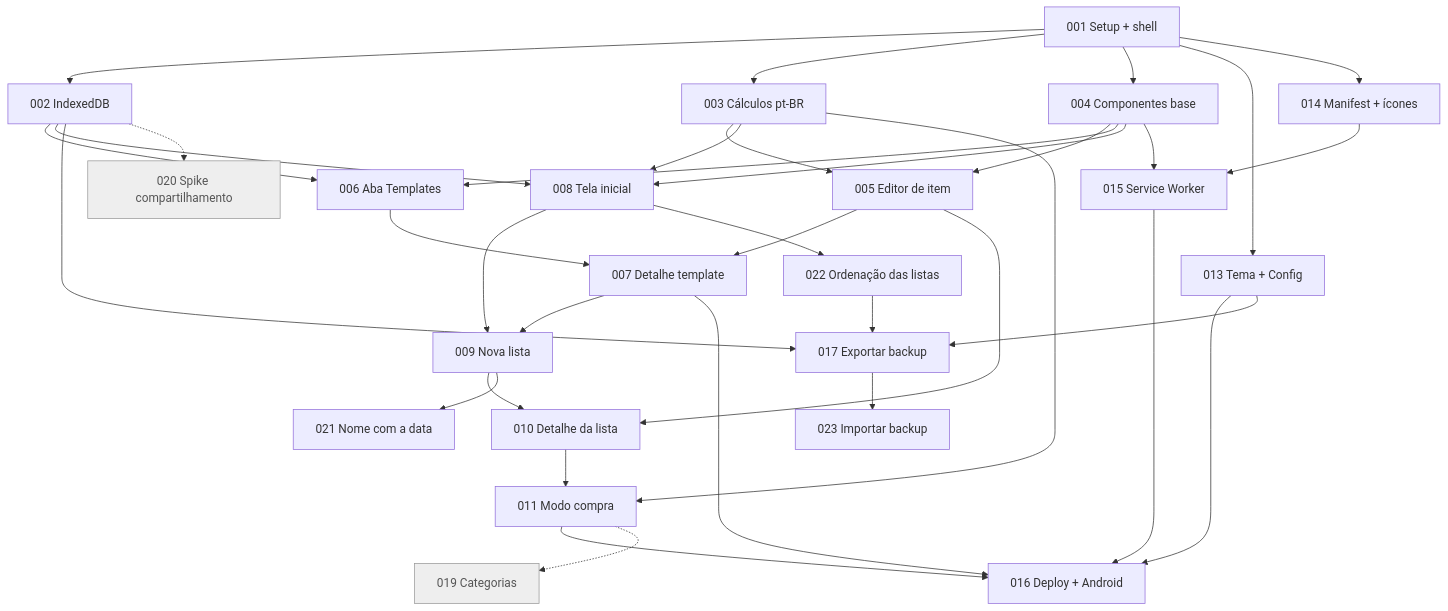
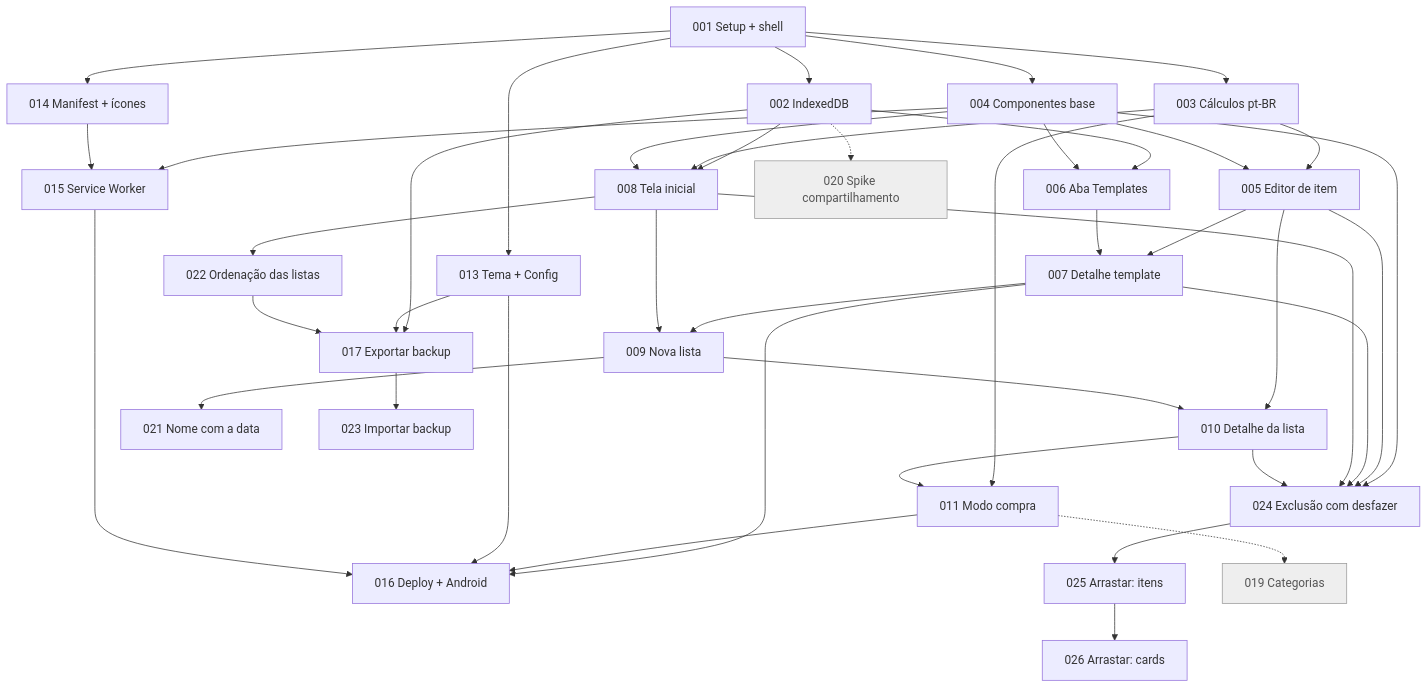
The diagram in docs/cards/_index.md (thalesAlves758/cestinha), drawn with Mermaid before and after one commit. The commit also changed other lines of this file and 3 other files, not shown here.

First line of the commit message:
doc: cards de excluir arrastando com desfazer (CARD-024 a CARD-026)

````diff
--- a/docs/cards/_index.md
+++ b/docs/cards/_index.md
@@ -56,41 +60,48 @@
 ```mermaid
 flowchart TD
     C001[001 Setup + shell] --> C002[002 IndexedDB]
     C001 --> C003[003 Cálculos pt-BR]
     C001 --> C004[004 Componentes base]
     C001 --> C013[013 Tema + Config]
     C001 --> C014[014 Manifest + ícones]
     C003 --> C005[005 Editor de item]
     C004 --> C005
     C002 --> C006[006 Aba Templates]
     C004 --> C006
     C005 --> C007[007 Detalhe template]
     C006 --> C007
     C002 --> C008[008 Tela inicial]
     C003 --> C008
     C004 --> C008
     C007 --> C009[009 Nova lista]
     C008 --> C009
     C005 --> C010[010 Detalhe da lista]
     C009 --> C010
     C003 --> C011[011 Modo compra]
     C010 --> C011
     C004 --> C015[015 Service Worker]
     C014 --> C015
     C007 --> C016[016 Deploy + Android]
     C011 --> C016
     C013 --> C016
     C015 --> C016
     C009 --> C021[021 Nome com a data]
     C008 --> C022[022 Ordenação das listas]
 
     C002 --> C017[017 Exportar backup]
     C013 --> C017
     C022 --> C017
     C017 --> C023[023 Importar backup]
+    C004 --> C024[024 Exclusão com desfazer]
+    C005 --> C024
+    C007 --> C024
+    C008 --> C024
+    C010 --> C024
+    C024 --> C025[025 Arrastar: itens]
+    C025 --> C026[026 Arrastar: cards]
     C011 -.-> C019[019 Categorias]
     C002 -.-> C020[020 Spike compartilhamento]
 
     classDef depois fill:#eee,stroke:#999,color:#555;
     class C019,C020 depois;
 ```
````
